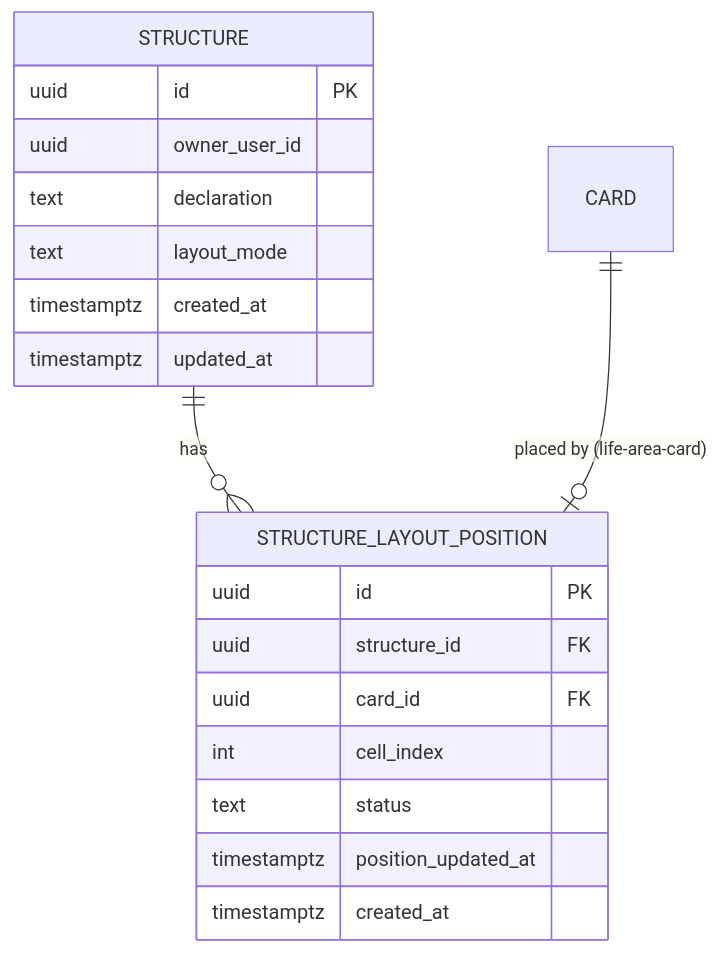
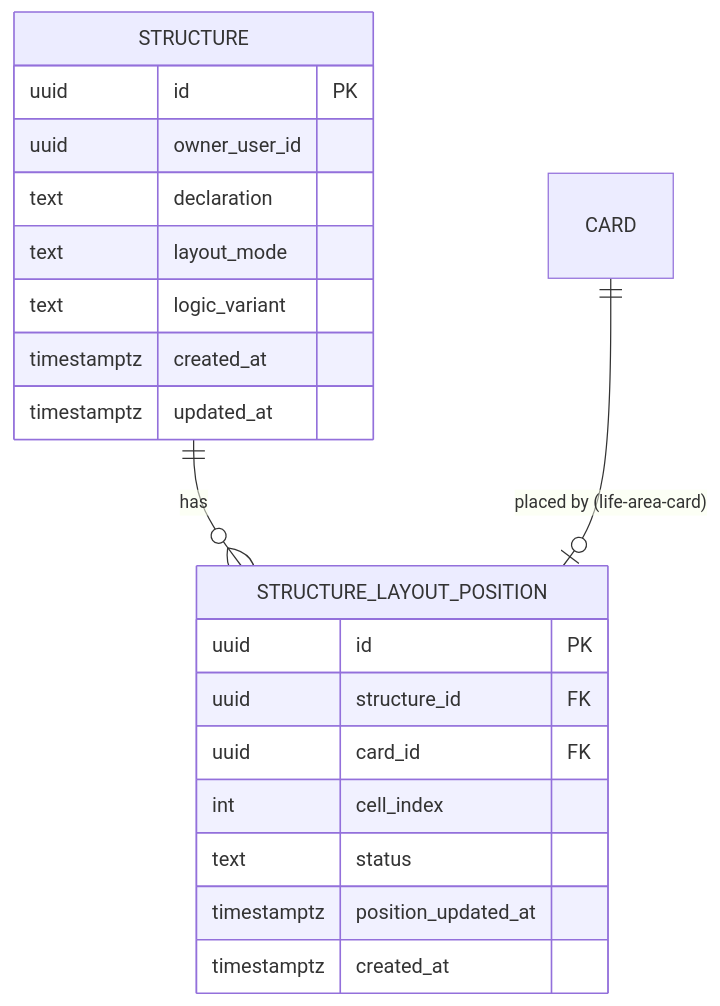
Before and after one commit to danyllukandrey-cloud/claude-workspace: the first of 2 diagrams in docs/features/structure/data-model.md, drawn with Mermaid. The commit also changed other lines of this file and 23 other files, not shown here.

First line of the commit message:
docs: D-92 drift-prevention mechanism, ISS-7 closed, D-94 agent prompt architecture

````diff
--- a/docs/features/structure/data-model.md
+++ b/docs/features/structure/data-model.md
@@ -19,23 +19,24 @@
 ```mermaid
 erDiagram
     STRUCTURE ||--o{ STRUCTURE_LAYOUT_POSITION : has
     CARD ||--o| STRUCTURE_LAYOUT_POSITION : "placed by (life-area-card)"
 
     STRUCTURE {
         uuid id PK
         uuid owner_user_id
         text declaration
         text layout_mode
+        text logic_variant
         timestamptz created_at
         timestamptz updated_at
     }
     STRUCTURE_LAYOUT_POSITION {
         uuid id PK
         uuid structure_id FK
         uuid card_id FK
         int cell_index
         text status
         timestamptz position_updated_at
         timestamptz created_at
     }
 ```
````
